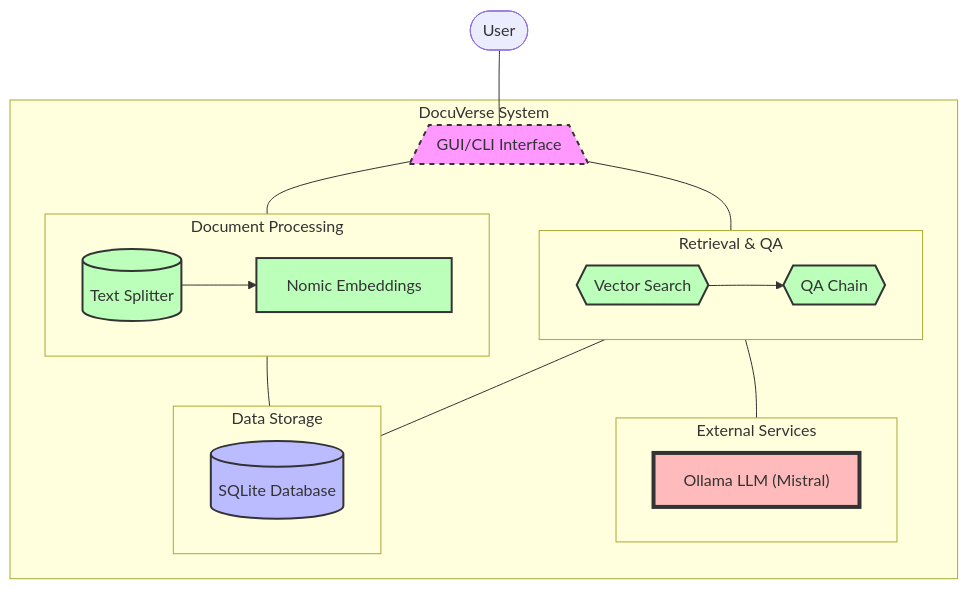
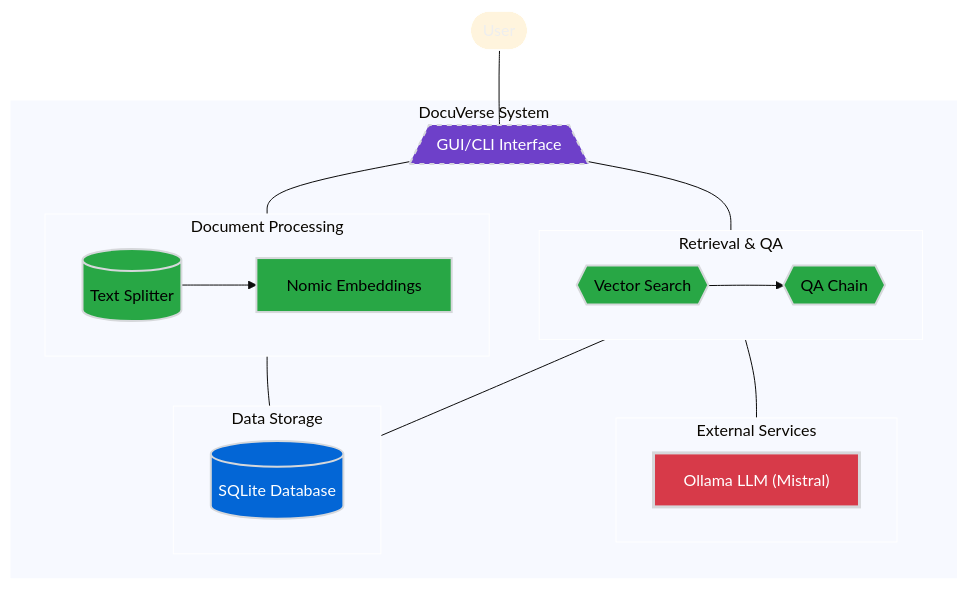
Before and after one commit to ai-mindset/docuverse: the first of 2 diagrams in README.md, drawn with Mermaid. The commit also changed other lines of this file, not shown here.

Commit message:
fix: mermaid diagrams

````diff
--- a/README.md
+++ b/README.md
@@ -10,43 +10,51 @@
 ```mermaid
+%%{init: { 'themeVariables': { 'darkMode': true }, 'theme': 'base' }}%%
 flowchart TB
     User([User]) --- UI[/GUI/CLI Interface\]
     
     subgraph DocuVerse ["DocuVerse System"]
         UI --- Document_Processing
         UI --- Retrieval_QA
         Document_Processing --- Storage
         Retrieval_QA --- Storage
         Retrieval_QA --- External
         
         subgraph Document_Processing ["Document Processing"]
             TextSplitter[(Text Splitter)]
             Embeddings["Nomic Embeddings"]
             TextSplitter --> Embeddings
         end
         
         subgraph Storage ["Data Storage"]
             SQLite[(SQLite Database)]
         end
         
         subgraph Retrieval_QA ["Retrieval & QA"]
             VectorSearch{{Vector Search}}
             QAChain{{QA Chain}}
             VectorSearch --> QAChain
         end
         
         subgraph External ["External Services"]
             Ollama["Ollama LLM (Mistral)"]
         end
     end
     
-    %% Styling with both colors and shapes for accessibility
-    classDef interface fill:#f9f,stroke:#333,stroke-width:2px,stroke-dasharray: 5 5
-    classDef storage fill:#bbf,stroke:#333,stroke-width:2px
-    classDef processing fill:#bfb,stroke:#333,stroke-width:2px
-    classDef external fill:#fbb,stroke:#333,stroke-width:4px
+    %% Dark Mode Colors
+    classDef interfaceDark fill:#6E40C9,stroke:#d6d8db,stroke-width:2px,stroke-dasharray:5 5,color:#FFFFFF
+    classDef storageDark fill:#0366D6,stroke:#d6d8db,stroke-width:2px,color:#FFFFFF
+    classDef processingDark fill:#28A745,stroke:#d6d8db,stroke-width:2px,color:#000000
+    classDef externalDark fill:#D73A49,stroke:#d6d8db,stroke-width:3px,color:#FFFFFF
     
-    class UI interface
-    class SQLite storage
-    class TextSplitter,Embeddings,VectorSearch,QAChain processing
-    class Ollama external
+    %% Light Mode Colors
+    classDef interfaceLight fill:#8A63D2,stroke:#24292e,stroke-width:2px,stroke-dasharray:5 5,color:#FFFFFF
+    classDef storageLight fill:#2188FF,stroke:#24292e,stroke-width:2px,color:#FFFFFF
+    classDef processingLight fill:#22863A,stroke:#24292e,stroke-width:2px,color:#FFFFFF
+    classDef externalLight fill:#CB2431,stroke:#24292e,stroke-width:3px,color:#FFFFFF
+    
+    %% Apply classes conditionally based on theme
+    class UI interfaceDark
+    class SQLite storageDark
+    class TextSplitter,Embeddings,VectorSearch,QAChain processingDark
+    class Ollama externalDark
 ```
````
